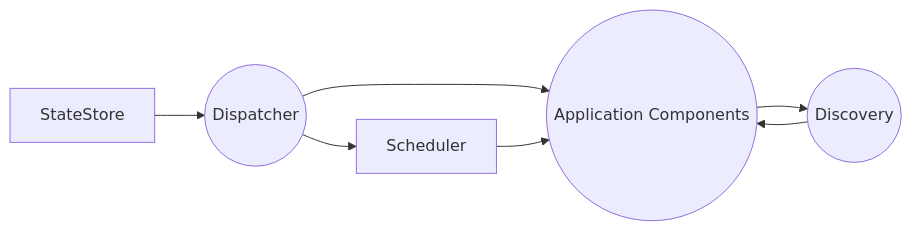
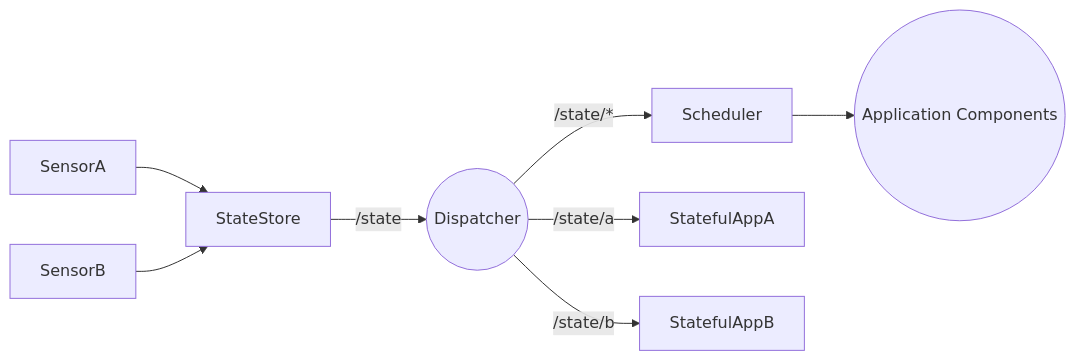
One commit to asbjornenge/dux changed the diagram in core.mermaid. Above: the diagram before and after it, drawn with Mermaid. The commit also changed 2 other files, not shown here.

```diff
--- a/core.mermaid
+++ b/core.mermaid
@@ -1,14 +1,14 @@
 graph LR;
 
 	StateStore;
 	Dispatcher((Dispatcher));
 	Scheduler;
-	Discovery((Discovery));
 	Applications((Application Components));
 
-	StateStore --> Dispatcher
-	Dispatcher --> Scheduler
-    Dispatcher --> Applications
+	StateStore -->|/state| Dispatcher
+    Dispatcher -->|/state/a| StatefulAppA
+	Dispatcher -->|/state/*| Scheduler
+    Dispatcher -->|/state/b| StatefulAppB
 	Scheduler --> Applications
-	Applications --> Discovery
-    Discovery --> Applications
+    SensorA --> StateStore
+    SensorB --> StateStore
```
